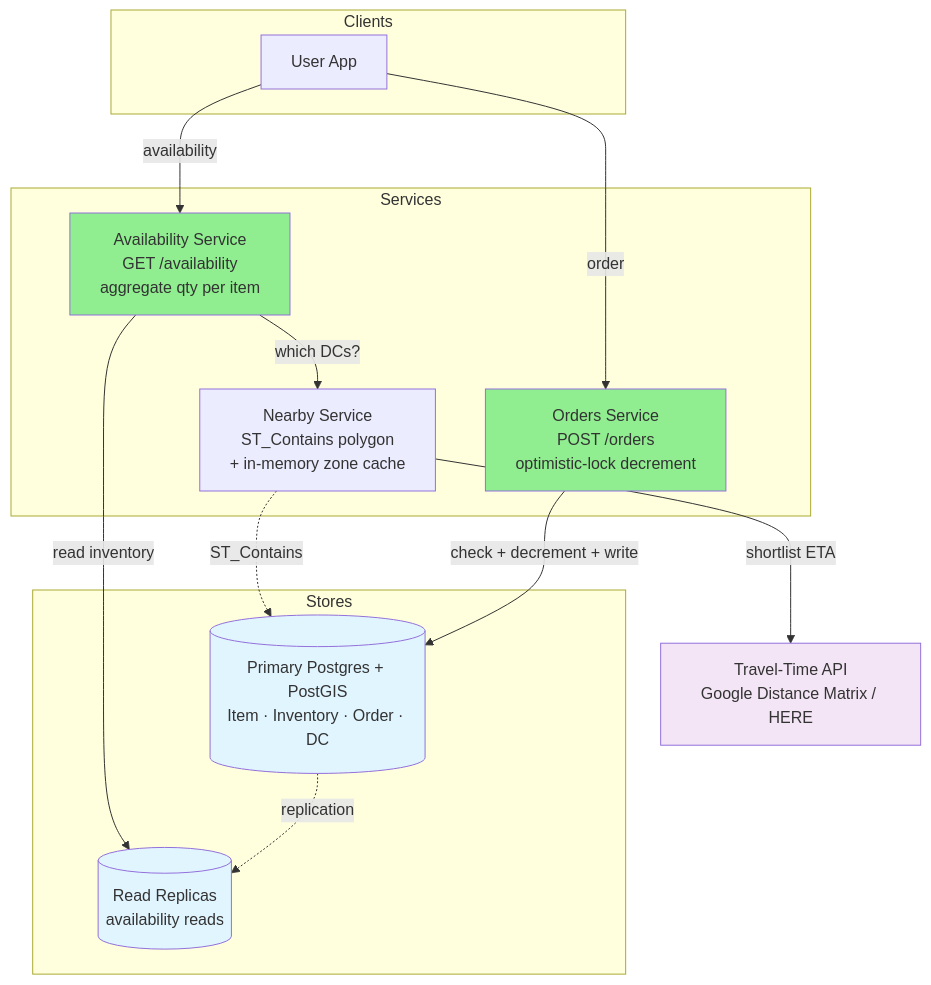
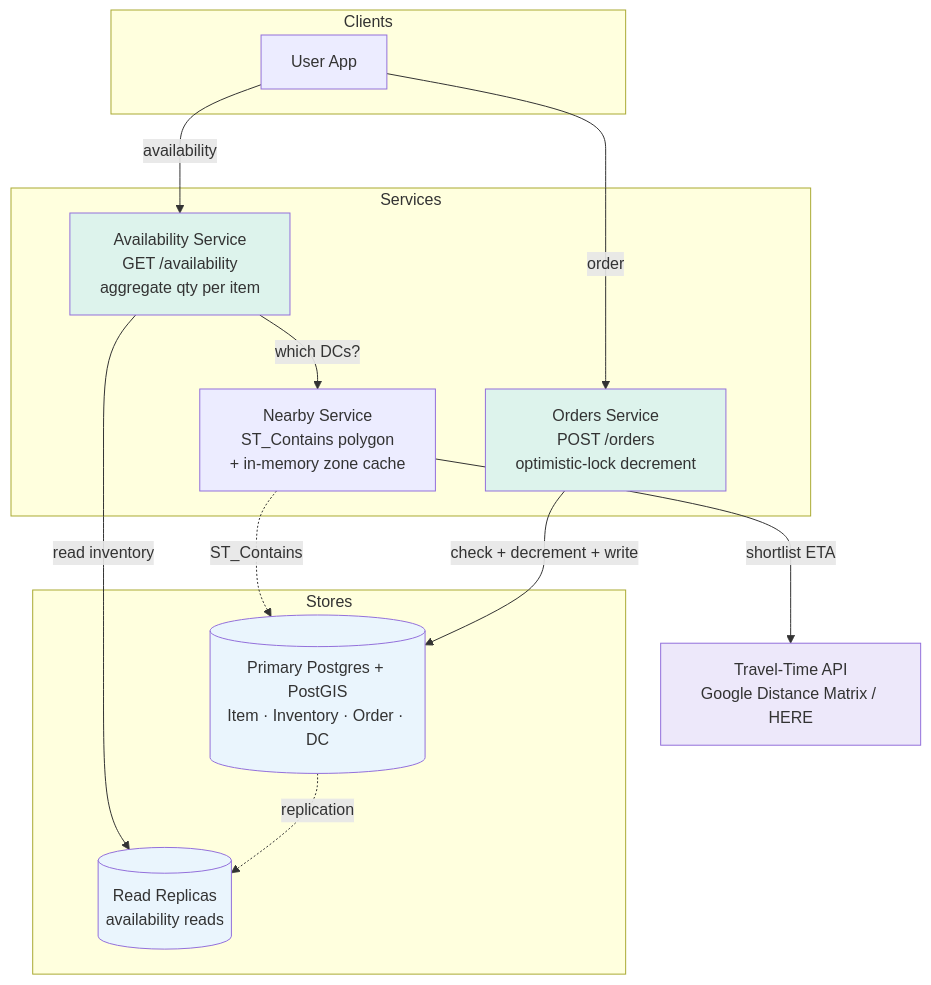
Before and after one commit to cartmancodes/InterviewVault: the second of 7 diagrams in LLD/questions/Design Local Delivery Service.md, drawn with Mermaid. The commit also changed other lines of this file and 679 other files, not shown here.

Commit message:
Unify content diagrams and add accessible visual walkthroughs

````diff
--- a/LLD/questions/Design Local Delivery Service.md
+++ b/LLD/questions/Design Local Delivery Service.md
@@ -172,34 +172,34 @@
 ```mermaid
 graph TB
     subgraph Clients
         APP[User App]
     end
 
     subgraph Services
         AS[Availability Service<br/>GET /availability<br/>aggregate qty per item]
         NS[Nearby Service<br/>ST_Contains polygon<br/>+ in-memory zone cache]
         OS[Orders Service<br/>POST /orders<br/>optimistic-lock decrement]
     end
 
     subgraph Stores
         PG[(Primary Postgres + PostGIS<br/>Item · Inventory · Order · DC)]
         RR[(Read Replicas<br/>availability reads)]
     end
 
     TT[Travel-Time API<br/>Google Distance Matrix / HERE]
 
     APP -->|availability| AS
     APP -->|order| OS
     AS -->|which DCs?| NS
     AS -->|read inventory| RR
     NS -->|shortlist ETA| TT
     NS -.->|ST_Contains| PG
     OS -->|check + decrement + write| PG
     PG -.->|replication| RR
 
-    style PG fill:#e1f5ff
-    style RR fill:#e1f5ff
-    style TT fill:#f3e5f5
-    style OS fill:#90EE90
-    style AS fill:#90EE90
+    style PG fill:#EAF5FD
+    style RR fill:#EAF5FD
+    style TT fill:#EDE8FA
+    style OS fill:#DDF3EC
+    style AS fill:#DDF3EC
 ```
````
